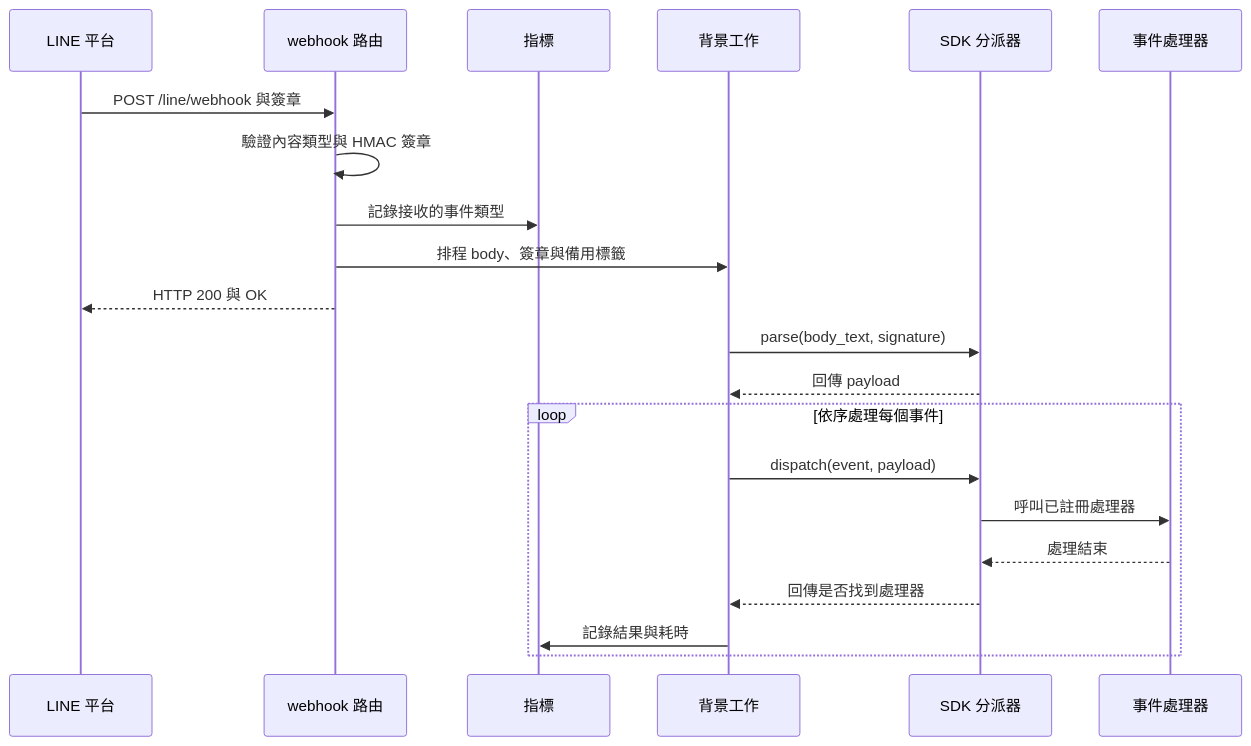
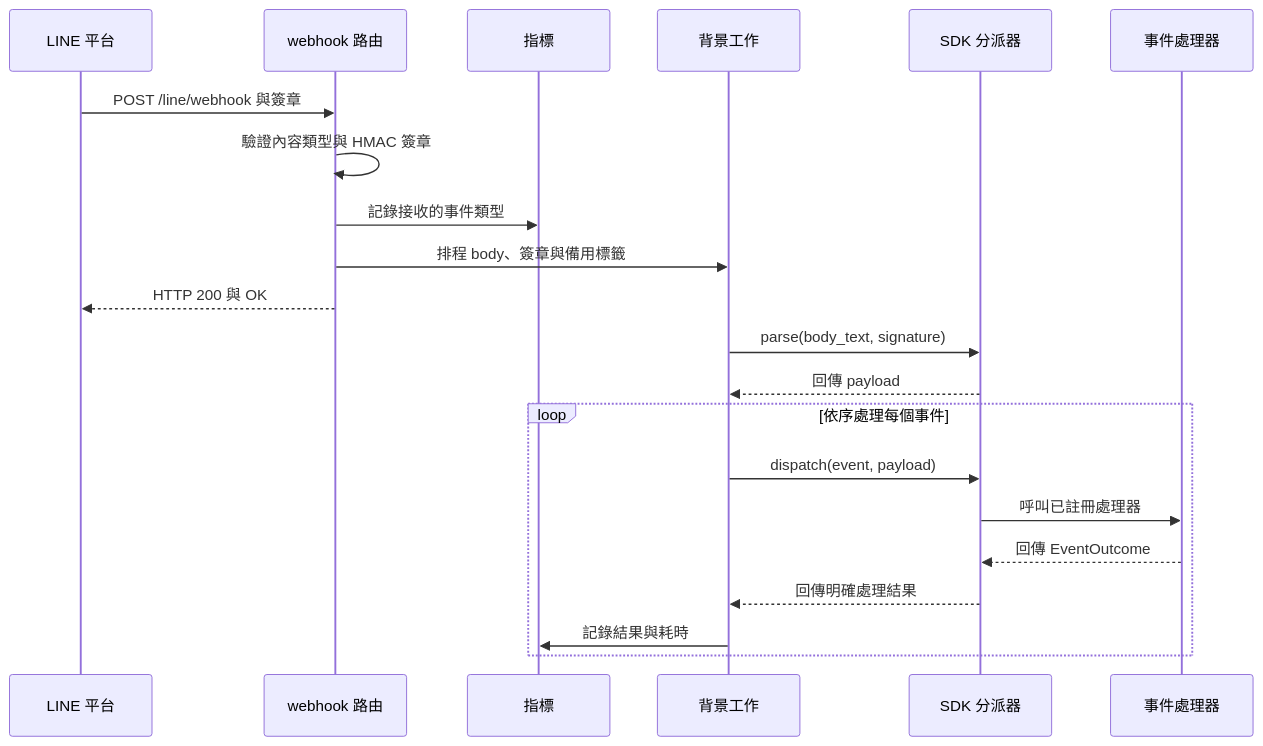
One commit to kyomind/WeaMind changed the second of 3 diagrams in docs/wiki/line_bot/line_bot_webhook.md. Above: the diagram before and after it, drawn with Mermaid. The commit also changed other lines of this file and 2 other files, not shown here.

````diff
--- a/docs/wiki/line_bot/line_bot_webhook.md
+++ b/docs/wiki/line_bot/line_bot_webhook.md
@@ -43,23 +43,23 @@
 ```mermaid
 sequenceDiagram
     participant L as LINE 平台
     participant R as webhook 路由
     participant M as 指標
     participant B as 背景工作
     participant D as SDK 分派器
     participant H as 事件處理器
     L->>R: POST /line/webhook 與簽章
     R->>R: 驗證內容類型與 HMAC 簽章
     R->>M: 記錄接收的事件類型
     R->>B: 排程 body、簽章與備用標籤
     R-->>L: HTTP 200 與 OK
     B->>D: parse(body_text, signature)
     D-->>B: 回傳 payload
     loop 依序處理每個事件
         B->>D: dispatch(event, payload)
         D->>H: 呼叫已註冊處理器
-        H-->>D: 處理結束
-        D-->>B: 回傳是否找到處理器
+        H-->>D: 回傳 EventOutcome
+        D-->>B: 回傳明確處理結果
         B->>M: 記錄結果與耗時
     end
 ```
````
